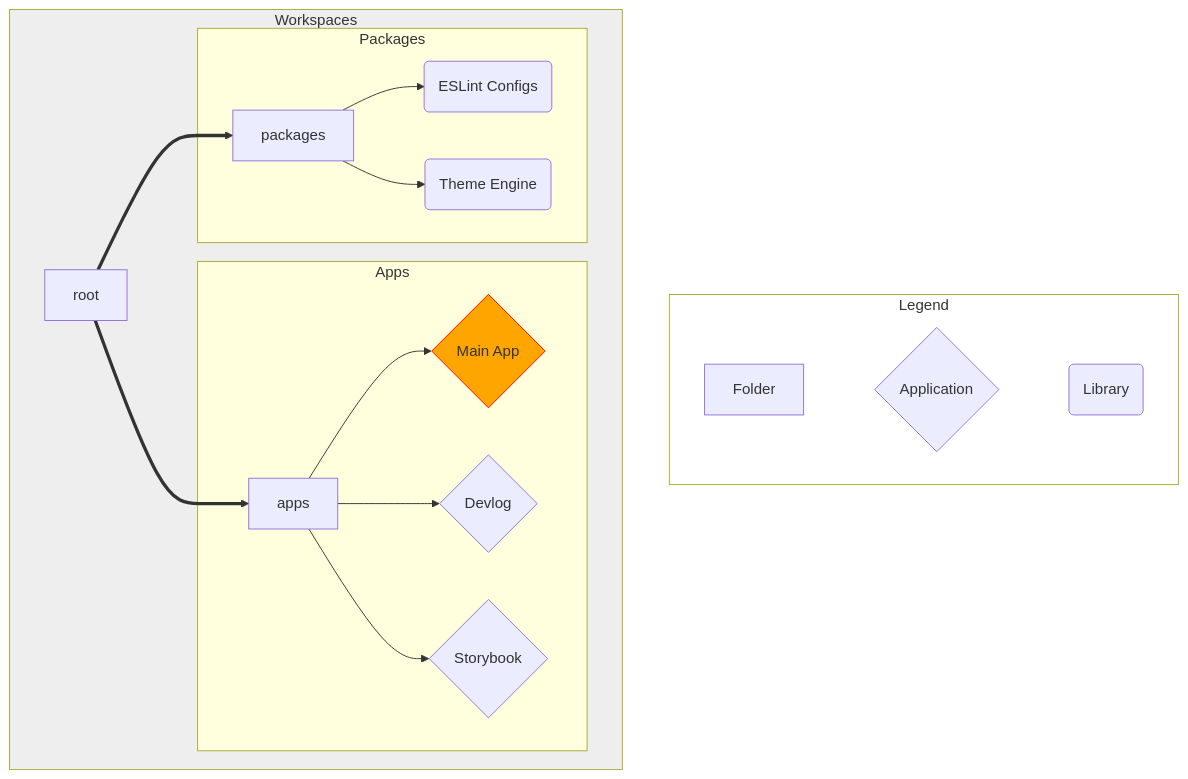
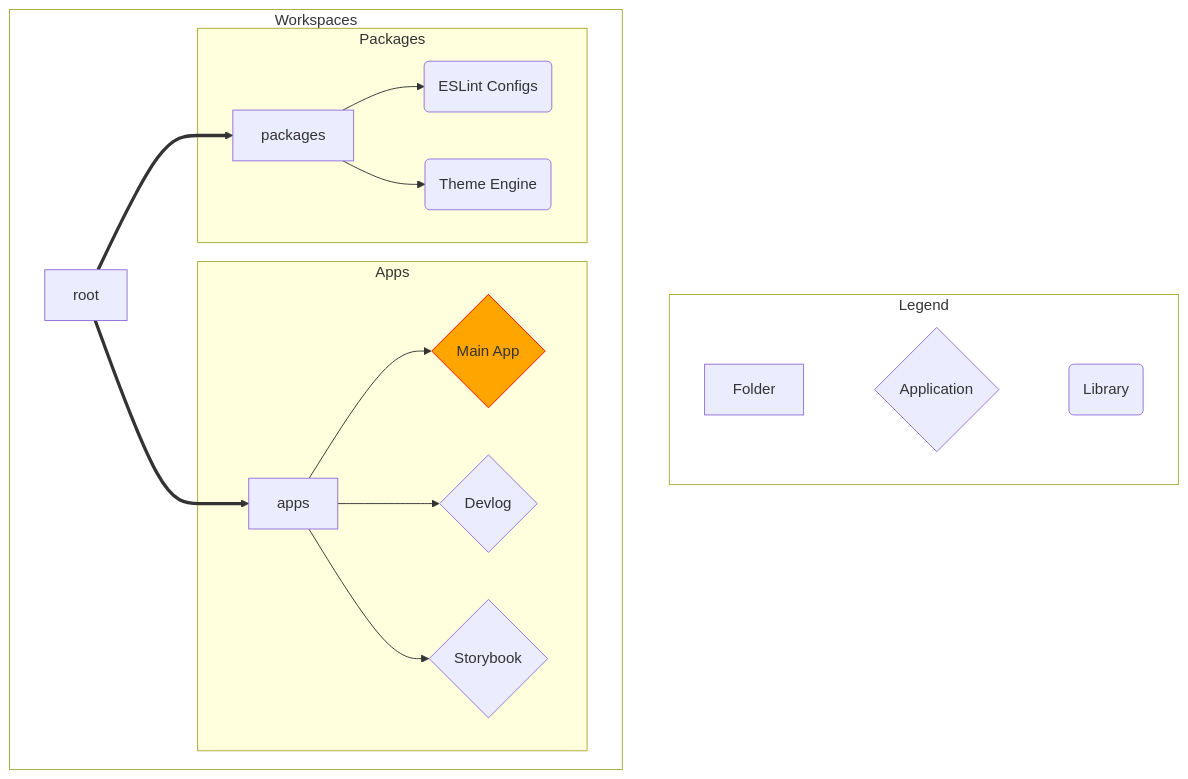
The diagram in apps/docs/docs/overview.md (sabinmarcu/librario), drawn with Mermaid before and after one commit. The commit also changed 1 other file, not shown here.

Commit message:
feat(@librario/docs): add links to navbar and improve theme

````diff
--- a/apps/docs/docs/overview.md
+++ b/apps/docs/docs/overview.md
@@ -17,23 +17,23 @@
 ```mermaid
 graph TD
   subgraph Legend
     direction LR
     folder[ Folder ] ~~~ app{ Application } ~~~ lib( Library )
   end
   subgraph Workspaces
   R[ root ] ==> A[ apps ]
   R[ root ] ==> P[ packages ]
   subgraph Apps
   A --> APP{ Main App }
   A --> DOCS{ Devlog }
   A --> SB{ Storybook }
   end
   subgraph Packages
   P --> ESL( ESLint Configs )
   P --> T( Theme Engine )
   end
   end
   style APP stroke:red,fill:orange
-  style Legend fill:white
-  style Workspaces fill:#eee
+  style Legend fill:transparent
+  style Workspaces fill:transparent
 ```
````
